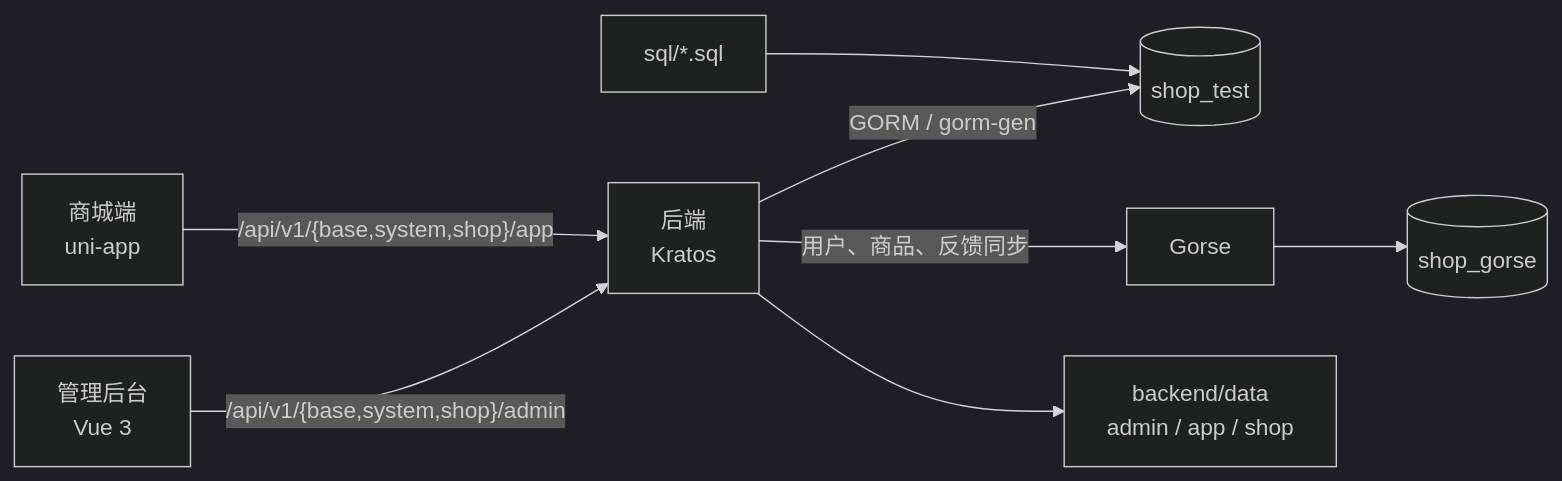
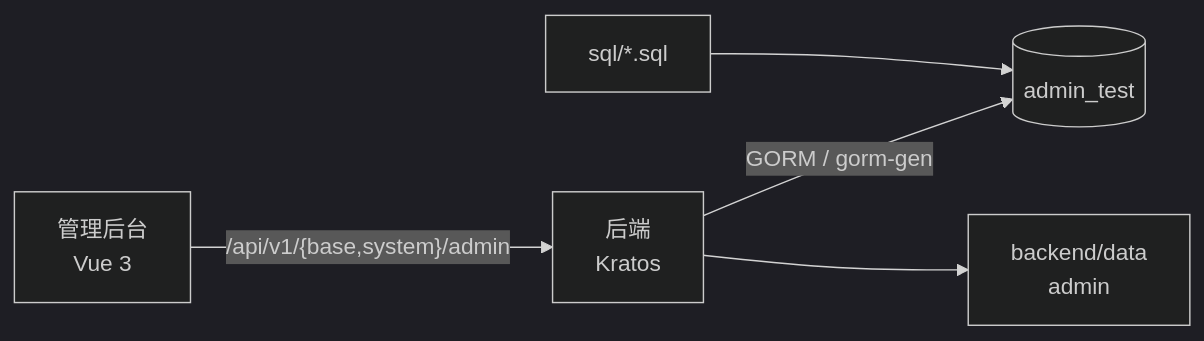
Before and after one commit to liujitcn/shop: the diagram in docs/系统总体设计.md, drawn with Mermaid (dark theme). The commit also changed other lines of this file and 872 other files, not shown here.

````diff
--- a/docs/系统总体设计.md
+++ b/docs/系统总体设计.md
@@ -20,10 +18,7 @@
 ```mermaid
 flowchart LR
-  Admin["管理后台\nVue 3"] -->|"/api/v1/{base,system,shop}/admin"| Backend["后端\nKratos"]
-  App["商城端\nuni-app"] -->|"/api/v1/{base,system,shop}/app"| Backend
-  Backend -->|"GORM / gorm-gen"| DB[("shop_test")]
-  Backend -->|"用户、商品、反馈同步"| Gorse["Gorse"]
-  Gorse --> GorseDB[("shop_gorse")]
-  Backend --> Static["backend/data\nadmin / app / shop"]
+  Admin["管理后台\nVue 3"] -->|"/api/v1/{base,system}/admin"| Backend["后端\nKratos"]
+  Backend -->|"GORM / gorm-gen"| DB[("admin_test")]
+  Backend --> Static["backend/data\nadmin"]
   SQL["sql/*.sql"] --> DB
 ```
````
